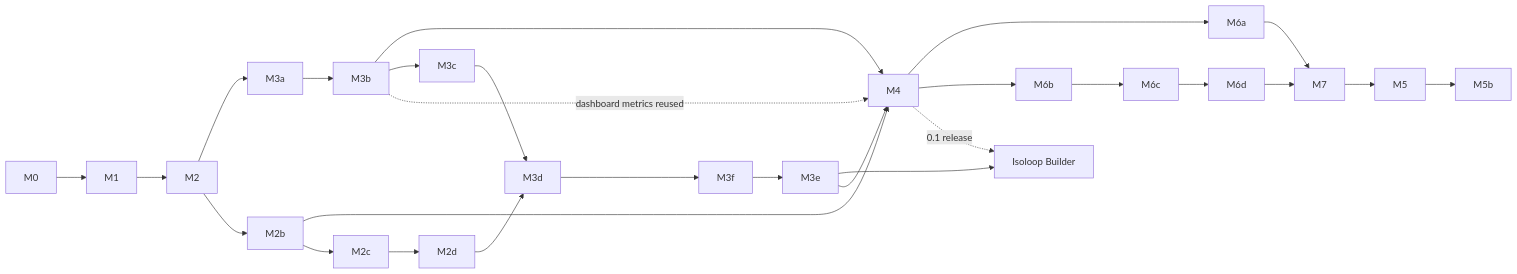
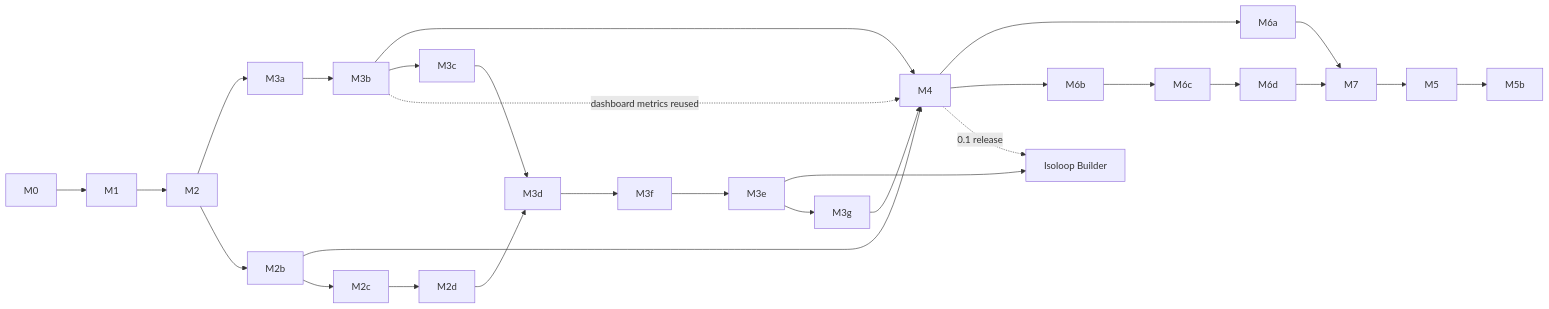
Before and after one commit to isoloop/isoloop: the diagram in docs/plans/README.md, drawn with Mermaid. The commit also changed other lines of this file and 1 other file, not shown here.

````diff
--- a/docs/plans/README.md
+++ b/docs/plans/README.md
@@ -34,13 +35,13 @@
 ```mermaid
 flowchart LR
   M0 --> M1 --> M2 --> M3a --> M3b --> M4
   M2 --> M2b --> M4
   M4 --> M6a & M6b
   M6b --> M6c --> M6d
   M6a & M6d --> M7 --> M5 --> M5b
   M3e --> Builder["Isoloop Builder"]
   M4 -. "0.1 release" .-> Builder
-  M2b --> M2c --> M2d --> M3d --> M3f --> M3e --> M4
+  M2b --> M2c --> M2d --> M3d --> M3f --> M3e --> M3g --> M4
   M3b --> M3c --> M3d
   M3b -. "dashboard metrics reused" .-> M4
 ```
````
